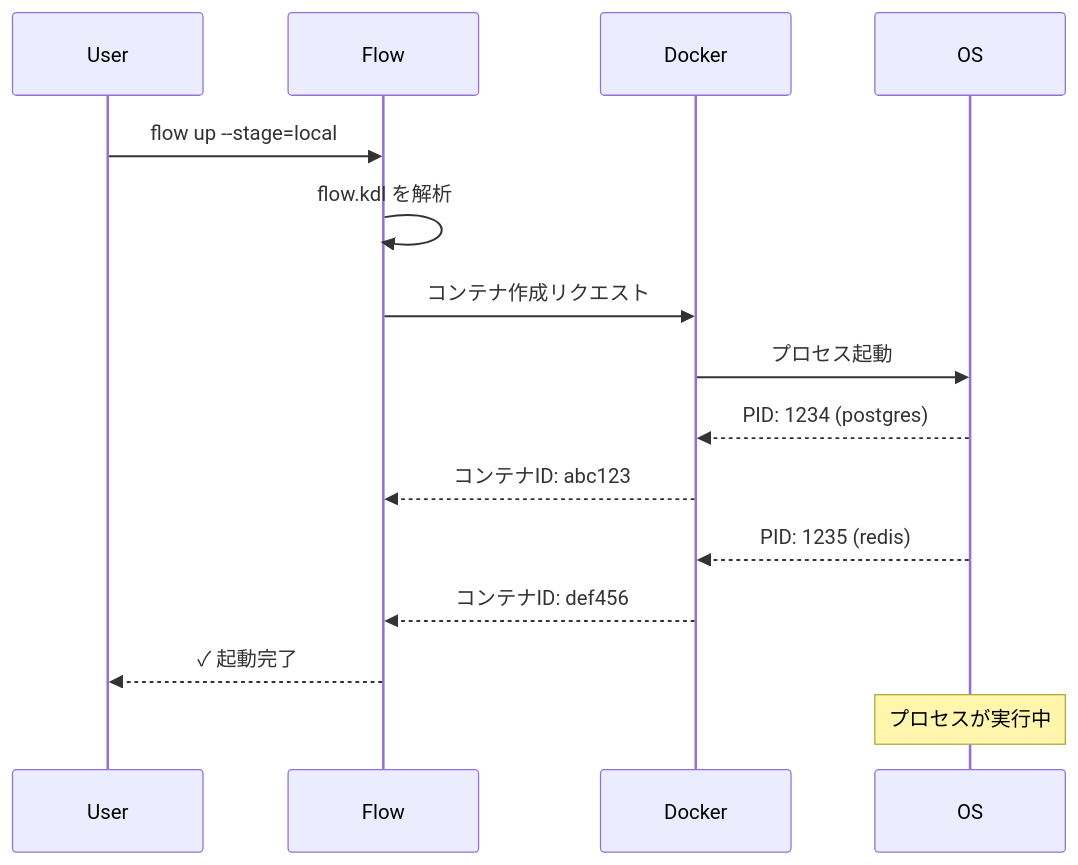
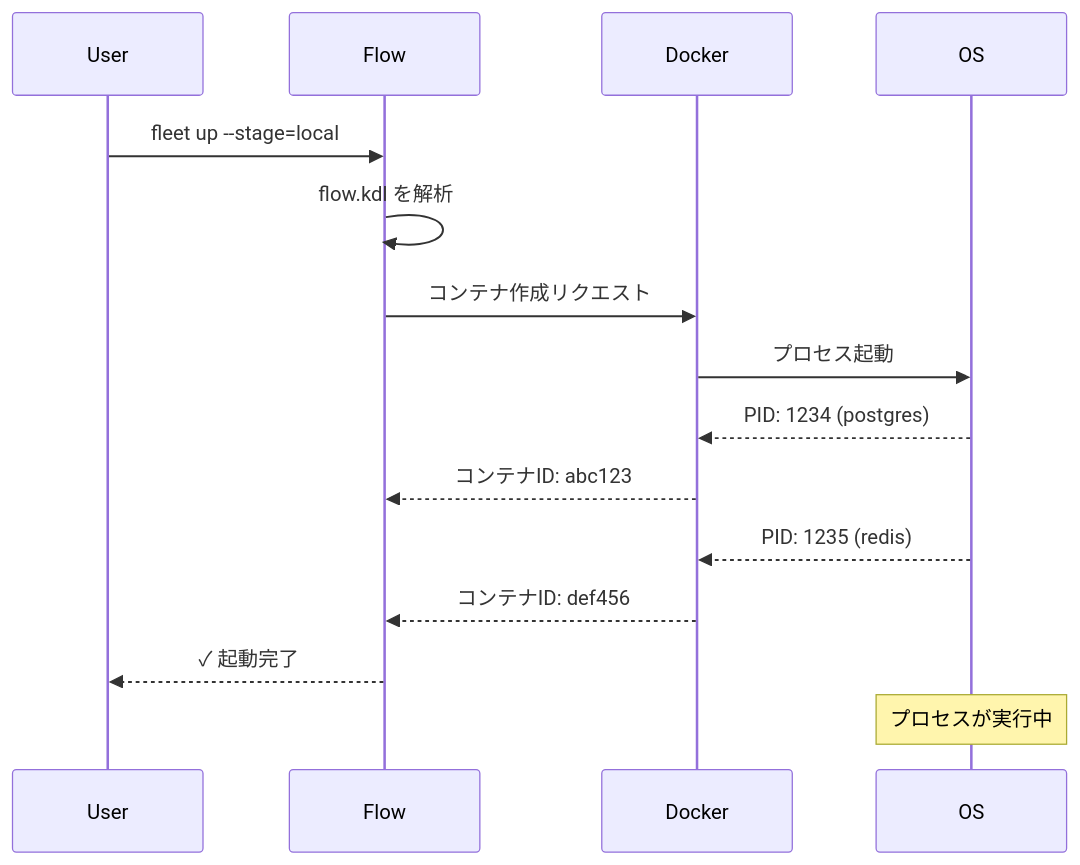
The second of 4 diagrams in spec/01-core-concepts.md (chronista-club/fleetflow), drawn with Mermaid before and after one commit. The commit also changed other lines of this file and 52 other files, not shown here.

First line of the commit message:
refactor: バイナリ名を flow から fleet に変更

````diff
--- a/spec/01-core-concepts.md
+++ b/spec/01-core-concepts.md
@@ -27,19 +27,19 @@
 ```mermaid
 sequenceDiagram
     participant User
     participant Flow
     participant Docker
     participant OS
 
-    User->>Flow: flow up --stage=local
+    User->>Flow: fleet up --stage=local
     Flow->>Flow: flow.kdl を解析
     Flow->>Docker: コンテナ作成リクエスト
     Docker->>OS: プロセス起動
     OS-->>Docker: PID: 1234 (postgres)
     Docker-->>Flow: コンテナID: abc123
     OS-->>Docker: PID: 1235 (redis)
     Docker-->>Flow: コンテナID: def456
     Flow-->>User: ✓ 起動完了
 
     Note over OS: プロセスが実行中
 ```
````
